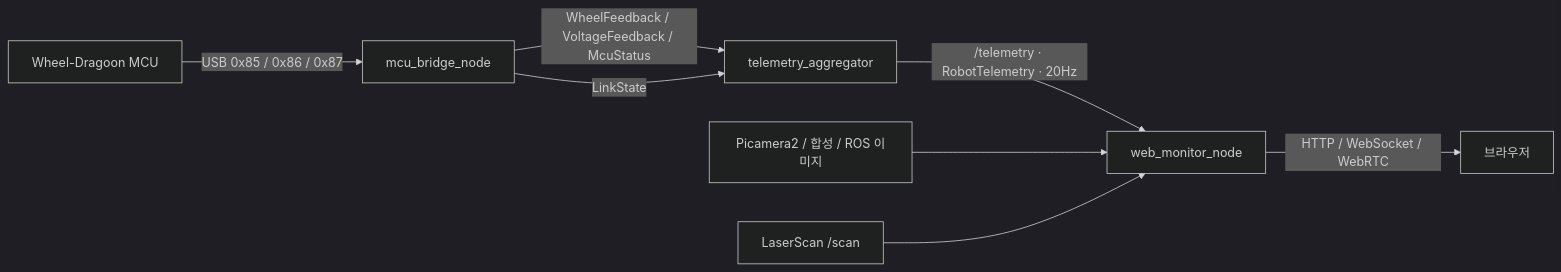
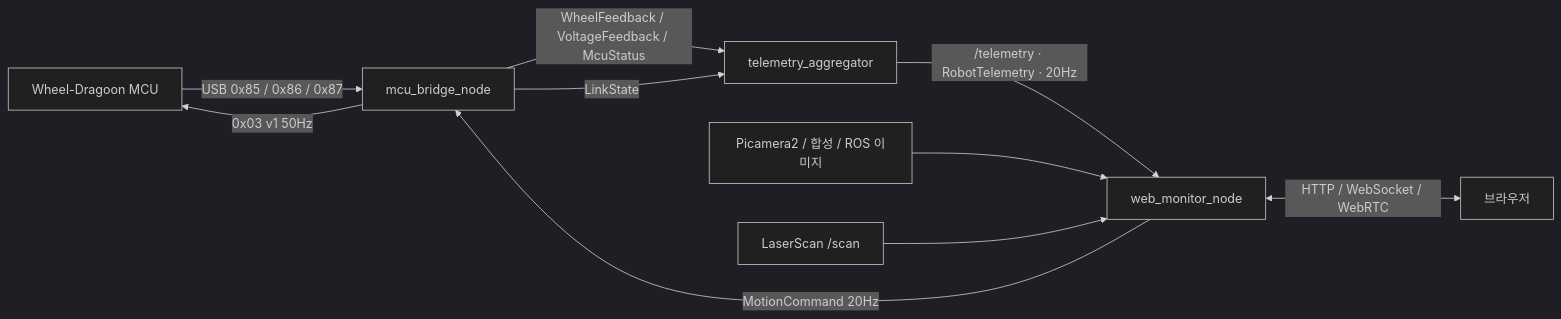
Before and after one commit to atomicNum29/Wheel-Dragoon-ROS: the diagram in README.md, drawn with Mermaid (dark theme). The commit also changed other lines of this file and 8 other files, not shown here.

First line of the commit message:
docs: describe web control authority and motion mode handoff

````diff
--- a/README.md
+++ b/README.md
@@ -57,10 +57,12 @@
 ```mermaid
 flowchart LR
     MCU[Wheel-Dragoon MCU] -->|USB 0x85 / 0x86 / 0x87| Bridge[mcu_bridge_node]
     Bridge -->|WheelFeedback / VoltageFeedback / McuStatus| Aggregate[telemetry_aggregator]
     Bridge -->|LinkState| Aggregate
     Aggregate -->|/telemetry · RobotTelemetry · 20Hz| Web[web_monitor_node]
     Camera[Picamera2 / 합성 / ROS 이미지] --> Web
     Lidar[LaserScan /scan] --> Web
-    Web -->|HTTP / WebSocket / WebRTC| Browser[브라우저]
+    Web <-->|HTTP / WebSocket / WebRTC| Browser[브라우저]
+    Web -->|MotionCommand 20Hz| Bridge
+    Bridge -->|0x03 v1 50Hz| MCU
 ```
````
